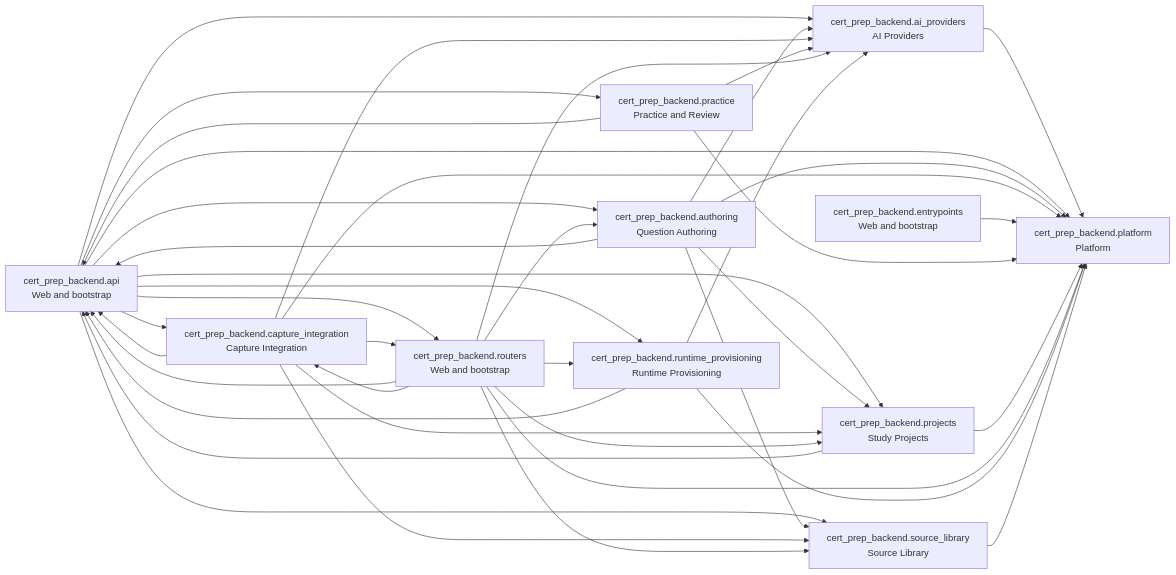
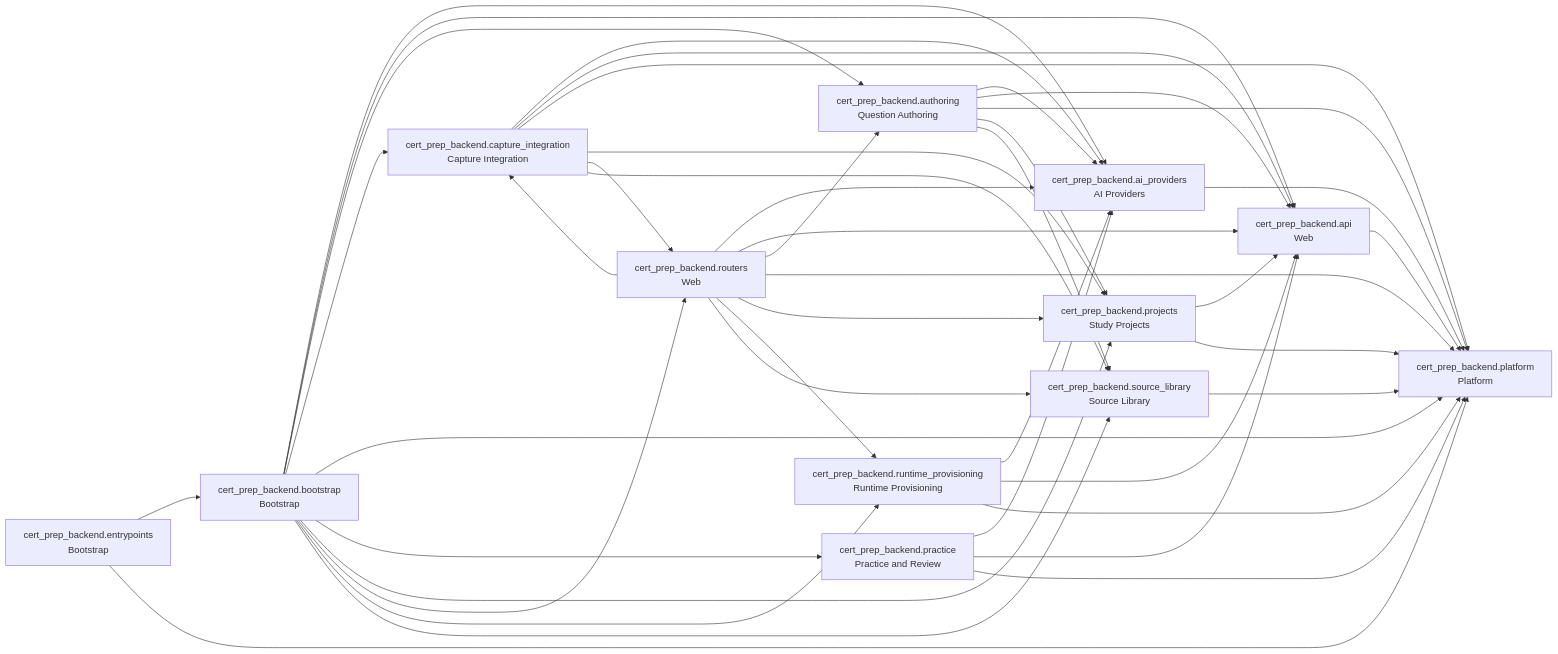
One commit to WodenWang820118/cert-prep changed the diagram in docs/architecture/backend-contexts.md. Above: the diagram before and after it, drawn with Mermaid. The commit also changed other lines of this file and 49 other files, not shown here.

First line of the commit message:
refactor(backend): move app assembly into bootstrap (DDD step C2)

````diff
--- a/docs/architecture/backend-contexts.md
+++ b/docs/architecture/backend-contexts.md
@@ -6,53 +6,57 @@
 ```mermaid
 flowchart LR
   n_cert_prep_backend_ai_providers["cert_prep_backend.ai_providers<br/>AI Providers"]
-  n_cert_prep_backend_api["cert_prep_backend.api<br/>Web and bootstrap"]
+  n_cert_prep_backend_api["cert_prep_backend.api<br/>Web"]
   n_cert_prep_backend_authoring["cert_prep_backend.authoring<br/>Question Authoring"]
+  n_cert_prep_backend_bootstrap["cert_prep_backend.bootstrap<br/>Bootstrap"]
   n_cert_prep_backend_capture_integration["cert_prep_backend.capture_integration<br/>Capture Integration"]
-  n_cert_prep_backend_entrypoints["cert_prep_backend.entrypoints<br/>Web and bootstrap"]
+  n_cert_prep_backend_entrypoints["cert_prep_backend.entrypoints<br/>Bootstrap"]
   n_cert_prep_backend_platform["cert_prep_backend.platform<br/>Platform"]
   n_cert_prep_backend_practice["cert_prep_backend.practice<br/>Practice and Review"]
   n_cert_prep_backend_projects["cert_prep_backend.projects<br/>Study Projects"]
-  n_cert_prep_backend_routers["cert_prep_backend.routers<br/>Web and bootstrap"]
+  n_cert_prep_backend_routers["cert_prep_backend.routers<br/>Web"]
   n_cert_prep_backend_runtime_provisioning["cert_prep_backend.runtime_provisioning<br/>Runtime Provisioning"]
   n_cert_prep_backend_source_library["cert_prep_backend.source_library<br/>Source Library"]
   n_cert_prep_backend_ai_providers --> n_cert_prep_backend_platform
-  n_cert_prep_backend_api --> n_cert_prep_backend_ai_providers
-  n_cert_prep_backend_api --> n_cert_prep_backend_authoring
-  n_cert_prep_backend_api --> n_cert_prep_backend_capture_integration
   n_cert_prep_backend_api --> n_cert_prep_backend_platform
-  n_cert_prep_backend_api --> n_cert_prep_backend_practice
-  n_cert_prep_backend_api --> n_cert_prep_backend_projects
-  n_cert_prep_backend_api --> n_cert_prep_backend_routers
-  n_cert_prep_backend_api --> n_cert_prep_backend_runtime_provisioning
-  n_cert_prep_backend_api --> n_cert_prep_backend_source_library
   n_cert_prep_backend_authoring --> n_cert_prep_backend_ai_providers
   n_cert_prep_backend_authoring --> n_cert_prep_backend_api
   n_cert_prep_backend_authoring --> n_cert_prep_backend_platform
   n_cert_prep_backend_authoring --> n_cert_prep_backend_projects
   n_cert_prep_backend_authoring --> n_cert_prep_backend_source_library
+  n_cert_prep_backend_bootstrap --> n_cert_prep_backend_ai_providers
+  n_cert_prep_backend_bootstrap --> n_cert_prep_backend_api
+  n_cert_prep_backend_bootstrap --> n_cert_prep_backend_authoring
+  n_cert_prep_backend_bootstrap --> n_cert_prep_backend_capture_integration
+  n_cert_prep_backend_bootstrap --> n_cert_prep_backend_platform
+  n_cert_prep_backend_bootstrap --> n_cert_prep_backend_practice
+  n_cert_prep_backend_bootstrap --> n_cert_prep_backend_projects
+  n_cert_prep_backend_bootstrap --> n_cert_prep_backend_routers
+  n_cert_prep_backend_bootstrap --> n_cert_prep_backend_runtime_provisioning
+  n_cert_prep_backend_bootstrap --> n_cert_prep_backend_source_library
   n_cert_prep_backend_capture_integration --> n_cert_prep_backend_ai_providers
   n_cert_prep_backend_capture_integration --> n_cert_prep_backend_api
   n_cert_prep_backend_capture_integration --> n_cert_prep_backend_platform
   n_cert_prep_backend_capture_integration --> n_cert_prep_backend_projects
   n_cert_prep_backend_capture_integration --> n_cert_prep_backend_routers
   n_cert_prep_backend_capture_integration --> n_cert_prep_backend_source_library
+  n_cert_prep_backend_entrypoints --> n_cert_prep_backend_bootstrap
   n_cert_prep_backend_entrypoints --> n_cert_prep_backend_platform
   n_cert_prep_backend_practice --> n_cert_prep_backend_ai_providers
   n_cert_prep_backend_practice --> n_cert_prep_backend_api
   n_cert_prep_backend_practice --> n_cert_prep_backend_platform
   n_cert_prep_backend_projects --> n_cert_prep_backend_api
   n_cert_prep_backend_projects --> n_cert_prep_backend_platform
   n_cert_prep_backend_routers --> n_cert_prep_backend_ai_providers
   n_cert_prep_backend_routers --> n_cert_prep_backend_api
   n_cert_prep_backend_routers --> n_cert_prep_backend_authoring
   n_cert_prep_backend_routers --> n_cert_prep_backend_capture_integration
   n_cert_prep_backend_routers --> n_cert_prep_backend_platform
   n_cert_prep_backend_routers --> n_cert_prep_backend_projects
   n_cert_prep_backend_routers --> n_cert_prep_backend_runtime_provisioning
   n_cert_prep_backend_routers --> n_cert_prep_backend_source_library
   n_cert_prep_backend_runtime_provisioning --> n_cert_prep_backend_ai_providers
   n_cert_prep_backend_runtime_provisioning --> n_cert_prep_backend_api
   n_cert_prep_backend_runtime_provisioning --> n_cert_prep_backend_platform
   n_cert_prep_backend_source_library --> n_cert_prep_backend_platform
 ```
````
